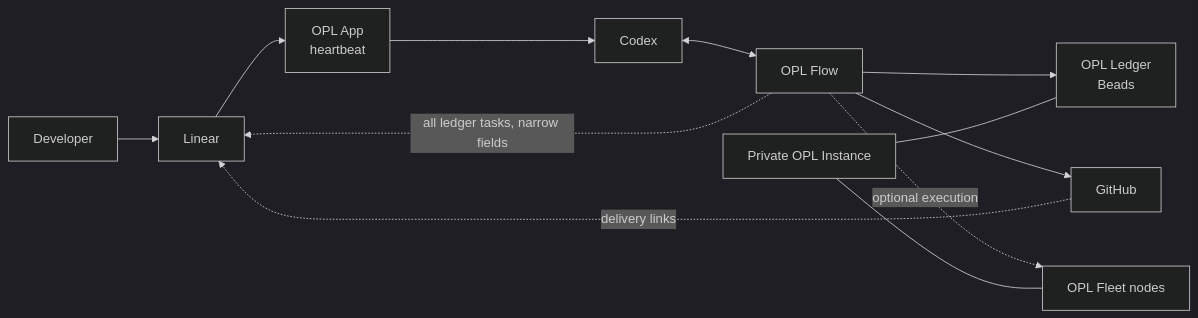
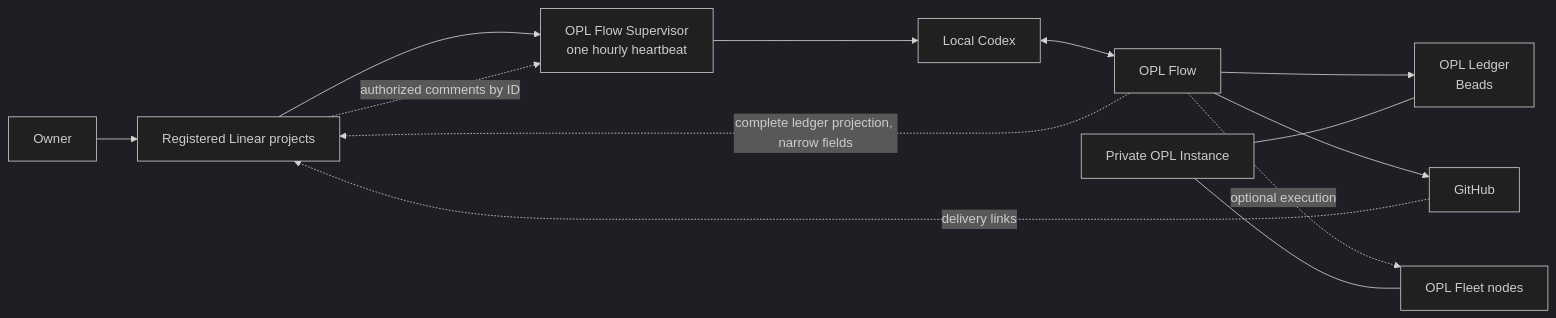
One commit to gaofeng21cn/opl-flow changed the diagram in README.md. Above: the diagram before and after it, drawn with Mermaid (dark theme). The commit also changed other lines of this file and 9 other files, not shown here.

Commit message:
feat(flow): formalize supervised ledger onboarding

````diff
--- a/README.md
+++ b/README.md
@@ -75,14 +80,15 @@
 ```mermaid
 flowchart LR
-    U[Developer] --> L[Linear]
-    L --> A[OPL App<br/>heartbeat]
-    A --> C[Codex]
+    U[Owner] --> L[Registered Linear projects]
+    L --> S[OPL Flow Supervisor<br/>one hourly heartbeat]
+    S --> C[Local Codex]
     C <--> F[OPL Flow]
     F --> B[OPL Ledger<br/>Beads]
     F --> G[GitHub]
     F -. optional execution .-> N[OPL Fleet nodes]
-    F -. all ledger tasks, narrow fields .-> L
+    F -. complete ledger projection, narrow fields .-> L
+    L -. authorized comments by ID .-> S
     G -. delivery links .-> L
     I[Private OPL Instance] --- B
     I --- N
 ```
````
